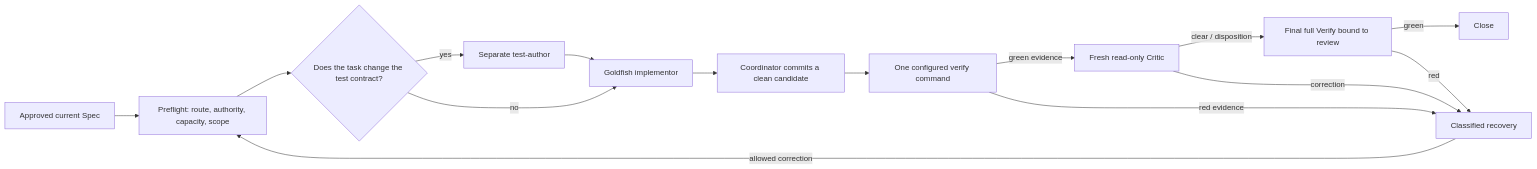
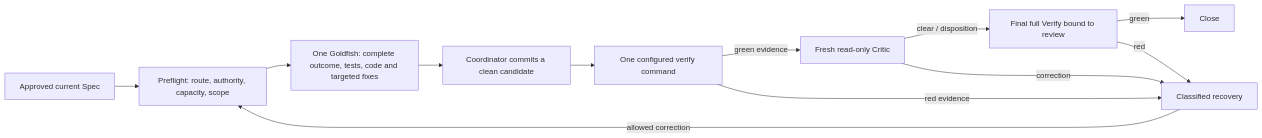
The second of 2 diagrams in PIPELINE_FLOW.md (agent-pipe-shared/agent-pipeline), drawn with Mermaid before and after one commit. The commit also changed other lines of this file and 316 other files, not shown here.

````diff
--- a/PIPELINE_FLOW.md
+++ b/PIPELINE_FLOW.md
@@ -165,17 +162,14 @@
 ```mermaid
 flowchart LR
     SP[Approved current Spec] --> PF[Preflight: route, authority, capacity, scope]
-    PF --> TD{Does the task change the test contract?}
-    TD -->|yes| T[Separate test-author]
-    TD -->|no| G[Goldfish implementor]
-    T --> G
+    PF --> G[One Goldfish: complete outcome, tests, code and targeted fixes]
     G --> CM[Coordinator commits a clean candidate]
     CM --> VE[One configured verify command]
     VE -->|green evidence| CR[Fresh read-only Critic]
     VE -->|red evidence| RE[Classified recovery]
     CR -->|clear / disposition| FV[Final full Verify bound to review]
     FV -->|green| CO[Close]
     FV -->|red| RE
     CR -->|correction| RE
     RE -->|allowed correction| PF
 ```
````
